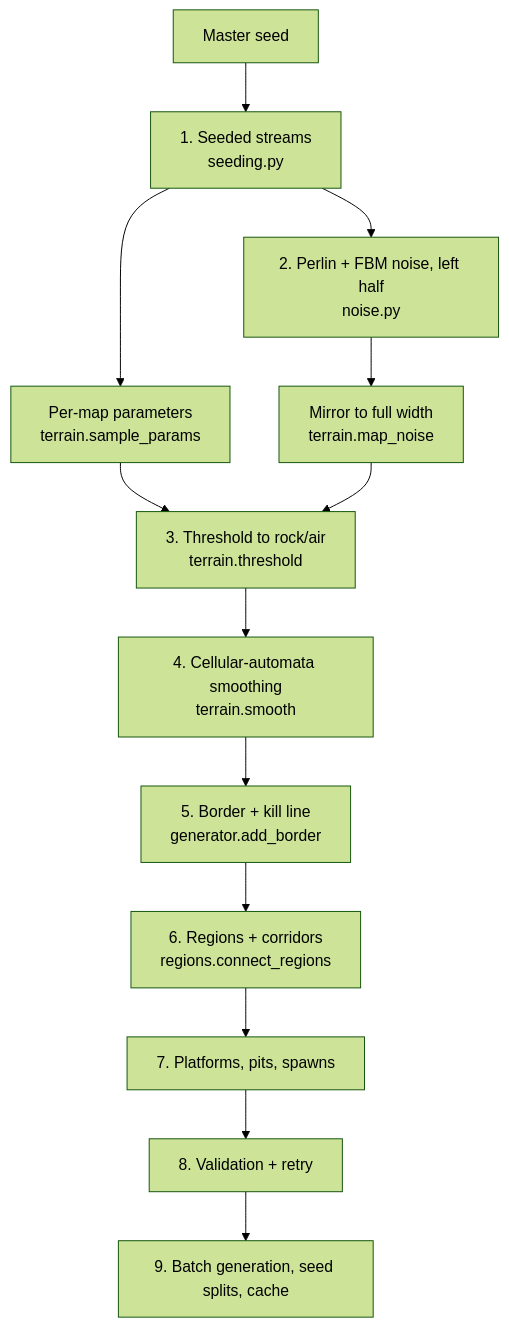
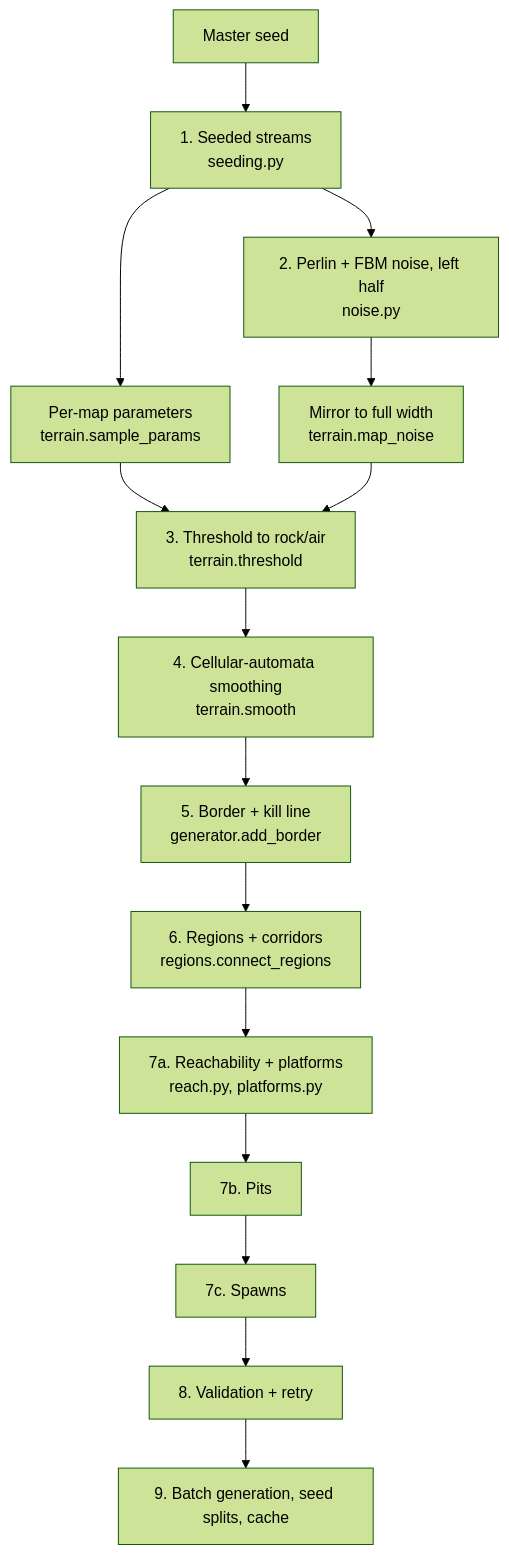
One commit to thekrishmellow/RL-Donut changed the first of 2 diagrams in docs/mapgen.md. Above: the diagram before and after it, drawn with Mermaid (forest theme). The commit also changed other lines of this file and 13 other files, not shown here.

First line of the commit message:
Step 1.7a: jetpack reachability, platforms, staircase tunnels

````diff
--- a/docs/mapgen.md
+++ b/docs/mapgen.md
@@ -20,15 +20,17 @@
 ```mermaid
 flowchart TD
     S[Master seed] --> P[1. Seeded streams<br/>seeding.py]
     P --> Q[Per-map parameters<br/>terrain.sample_params]
     P --> N[2. Perlin + FBM noise, left half<br/>noise.py]
     N --> MI[Mirror to full width<br/>terrain.map_noise]
     Q --> T[3. Threshold to rock/air<br/>terrain.threshold]
     MI --> T
     T --> C[4. Cellular-automata smoothing<br/>terrain.smooth]
     C --> M[5. Border + kill line<br/>generator.add_border]
     M --> RG[6. Regions + corridors<br/>regions.connect_regions]
-    RG --> PL[7. Platforms, pits, spawns]
-    PL --> V[8. Validation + retry]
+    RG --> PL[7a. Reachability + platforms<br/>reach.py, platforms.py]
+    PL --> PT[7b. Pits]
+    PT --> SP[7c. Spawns]
+    SP --> V[8. Validation + retry]
     V --> B[9. Batch generation, seed splits, cache]
 ```
````
